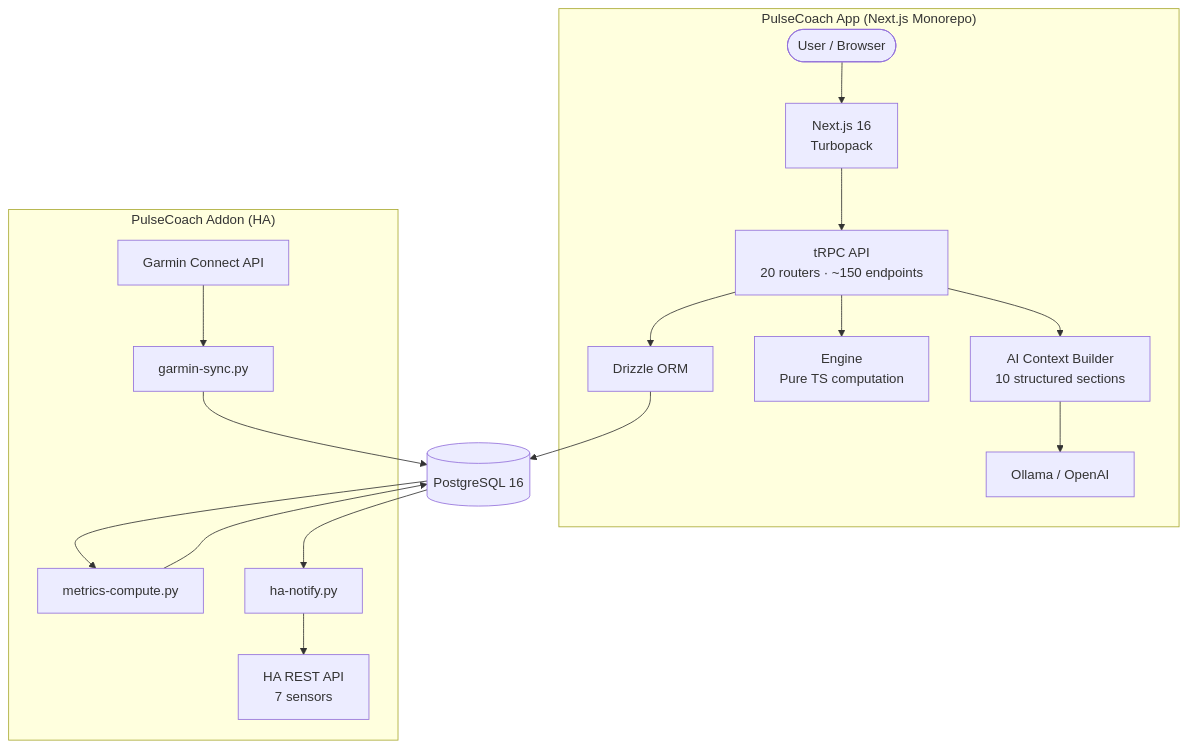
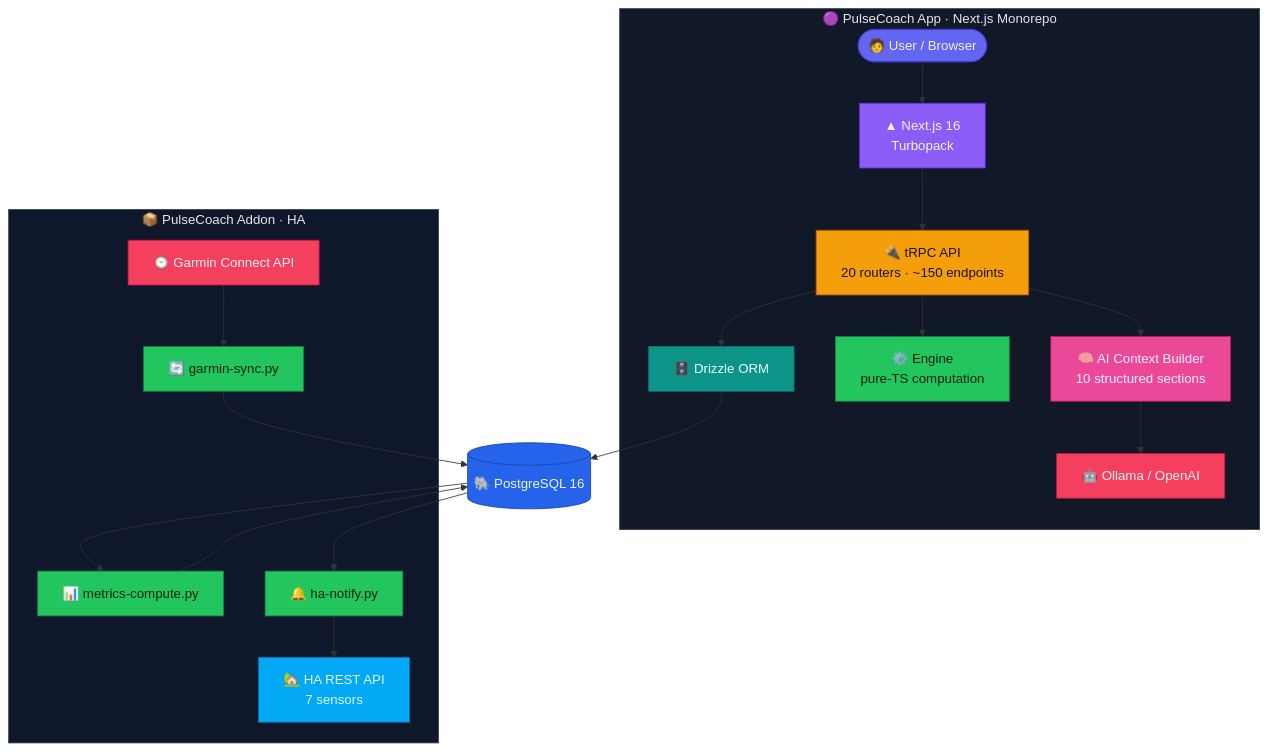
The diagram in README.md (askb/ha-garmin-fitness-coach-app), drawn with Mermaid before and after one commit.

Commit message:
docs: colorize architecture diagram (#332)
Replace the monochrome graph with a colorful classDef-styled flowchart:
per-role fills (user/frontend/api/orm/compute/ai/external/store/HA),
datastore shape, and emoji node labels for faster scanning.

````diff
--- a/README.md
+++ b/README.md
@@ -32,37 +32,60 @@
 ```mermaid
-graph TD
-    subgraph "PulseCoach App (Next.js Monorepo)"
-        User([User / Browser])
-        NextJS["Next.js 16<br/>Turbopack"]
-        tRPC["tRPC API<br/>20 routers · ~150 endpoints"]
-        Drizzle["Drizzle ORM"]
-        Engine["Engine<br/>Pure TS computation"]
-        AICtx["AI Context Builder<br/>10 structured sections"]
-        LLM["Ollama / OpenAI"]
+flowchart TD
+    subgraph APP["🟣 PulseCoach App · Next.js Monorepo"]
+        User(["🧑 User / Browser"])
+        NextJS["▲ Next.js 16<br/>Turbopack"]
+        tRPC["🔌 tRPC API<br/>20 routers · ~150 endpoints"]
+        Drizzle["🗄️ Drizzle ORM"]
+        Engine["⚙️ Engine<br/>pure-TS computation"]
+        AICtx["🧠 AI Context Builder<br/>10 structured sections"]
+        LLM["🤖 Ollama / OpenAI"]
     end
 
-    subgraph "PulseCoach Addon (HA)"
-        Sync["garmin-sync.py"]
-        Compute["metrics-compute.py"]
-        Notify["ha-notify.py"]
-        GarminAPI["Garmin Connect API"]
-        HAAPI["HA REST API<br/>7 sensors"]
+    subgraph ADDON["📦 PulseCoach Addon · HA"]
+        Sync["🔄 garmin-sync.py"]
+        Compute["📊 metrics-compute.py"]
+        Notify["🔔 ha-notify.py"]
+        GarminAPI["⌚ Garmin Connect API"]
+        HAAPI["🏡 HA REST API<br/>7 sensors"]
     end
 
-    PG[("PostgreSQL 16")]
+    PG[("🐘 PostgreSQL 16")]
 
     User --> NextJS
     NextJS --> tRPC
     tRPC --> Drizzle
     tRPC --> Engine
     tRPC --> AICtx
     AICtx --> LLM
     Drizzle --> PG
 
     GarminAPI --> Sync
     Sync --> PG
     PG --> Compute
     Compute --> PG
     PG --> Notify
     Notify --> HAAPI
+
+    classDef user fill:#6366f1,stroke:#4338ca,color:#eef2ff,stroke-width:1px;
+    classDef frontend fill:#8b5cf6,stroke:#6d28d9,color:#f5f3ff,stroke-width:1px;
+    classDef api fill:#f59e0b,stroke:#b45309,color:#1a1200,stroke-width:1px;
+    classDef orm fill:#0d9488,stroke:#0f766e,color:#ecfeff,stroke-width:1px;
+    classDef compute fill:#22c55e,stroke:#15803d,color:#04240f,stroke-width:1px;
+    classDef ai fill:#ec4899,stroke:#be185d,color:#fdf2f8,stroke-width:1px;
+    classDef external fill:#f43f5e,stroke:#be123c,color:#fff1f2,stroke-width:1px;
+    classDef store fill:#2563eb,stroke:#1e40af,color:#eff6ff,stroke-width:1px;
+    classDef ha fill:#03a9f4,stroke:#0277bd,color:#e1f5fe,stroke-width:1px;
+
+    class User user;
+    class NextJS frontend;
+    class tRPC api;
+    class Drizzle orm;
+    class Engine,Sync,Compute,Notify compute;
+    class AICtx ai;
+    class LLM,GarminAPI external;
+    class PG store;
+    class HAAPI ha;
+
+    style APP fill:#111827,stroke:#374151,color:#e5e7eb;
+    style ADDON fill:#0f172a,stroke:#334155,color:#e2e8f0;
 ```
````
